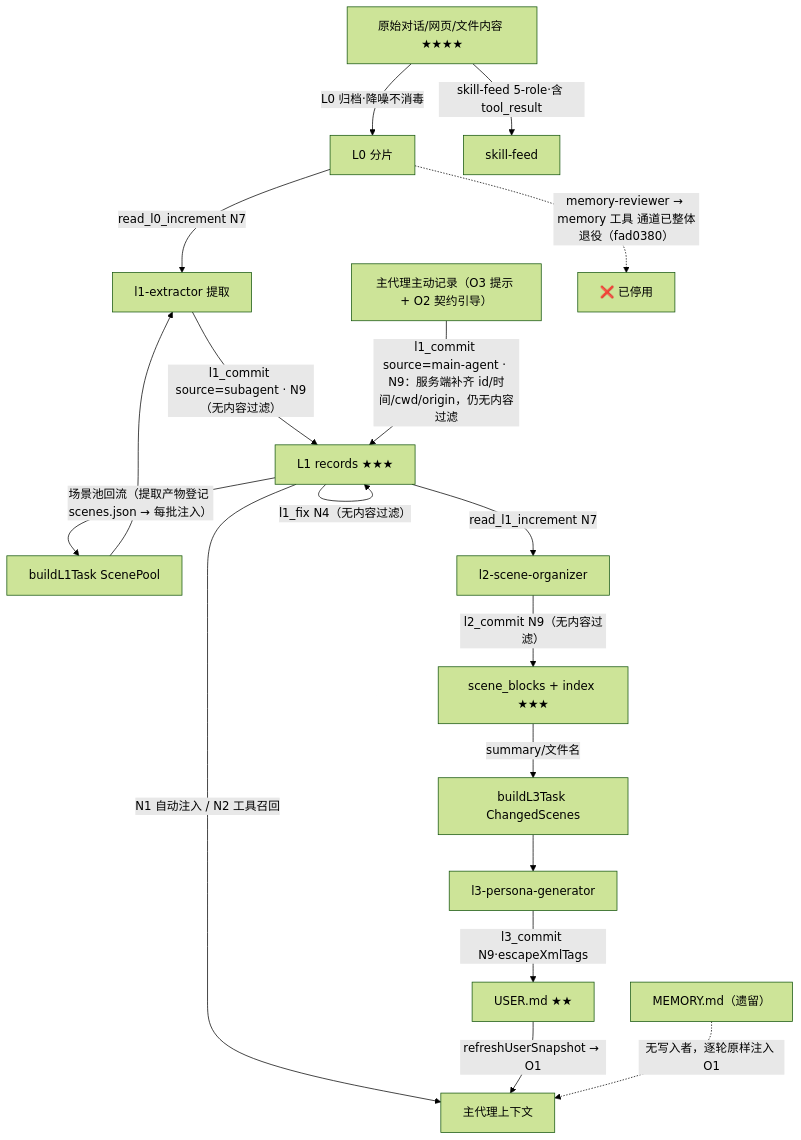
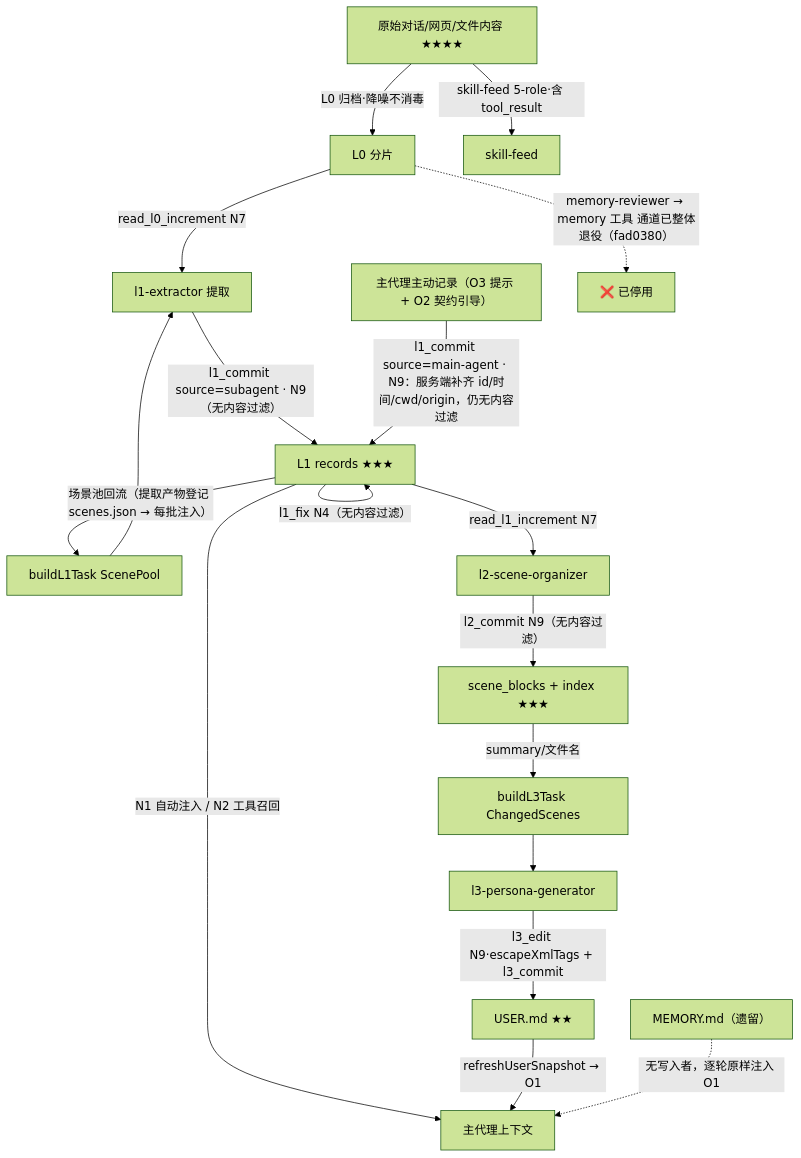
Before and after one commit to yinwenyuan28-afk/pi-memory-system: the diagram in 记忆系统提示词注入点分析.md, drawn with Mermaid (forest theme). The commit also changed other lines of this file and 22 other files, not shown here.

````diff
--- a/记忆系统提示词注入点分析.md
+++ b/记忆系统提示词注入点分析.md
@@ -208,20 +208,20 @@
 ```mermaid
 flowchart TD
     A["原始对话/网页/文件内容 ★★★★"] -->|L0 归档·降噪不消毒| B["L0 分片"]
     A -->|skill-feed 5-role·含 tool_result| B2["skill-feed"]
     B -->|read_l0_increment N7| C["l1-extractor 提取"]
     C -->|"l1_commit source=subagent · N9（无内容过滤）"| D["L1 records ★★★"]
     M["主代理主动记录（O3 提示 + O2 契约引导）"] -->|"l1_commit source=main-agent · N9：服务端补齐 id/时间/cwd/origin，仍无内容过滤"| D
     D -->|"N1 自动注入 / N2 工具召回"| E["主代理上下文"]
     D -->|场景池回流（提取产物登记 scenes.json → 每批注入）| F["buildL1Task ScenePool"]
     F --> C
     D -->|read_l1_increment N7| G["l2-scene-organizer"]
     G -->|"l2_commit N9（无内容过滤）"| H["scene_blocks + index ★★★"]
     H -->|summary/文件名| I["buildL3Task ChangedScenes"]
     I --> J["l3-persona-generator"]
-    J -->|"l3_commit N9·escapeXmlTags"| K["USER.md ★★"]
+    J -->|"l3_edit N9·escapeXmlTags + l3_commit"| K["USER.md ★★"]
     K -->|"refreshUserSnapshot → O1"| E
     D -->|"l1_fix N4（无内容过滤）"| D
     B -.->|"memory-reviewer → memory 工具 通道已整体退役（fad0380）"| X["❌ 已停用"]
     L["MEMORY.md（遗留）"] -.->|"无写入者，逐轮原样注入 O1"| E
 ```
````
